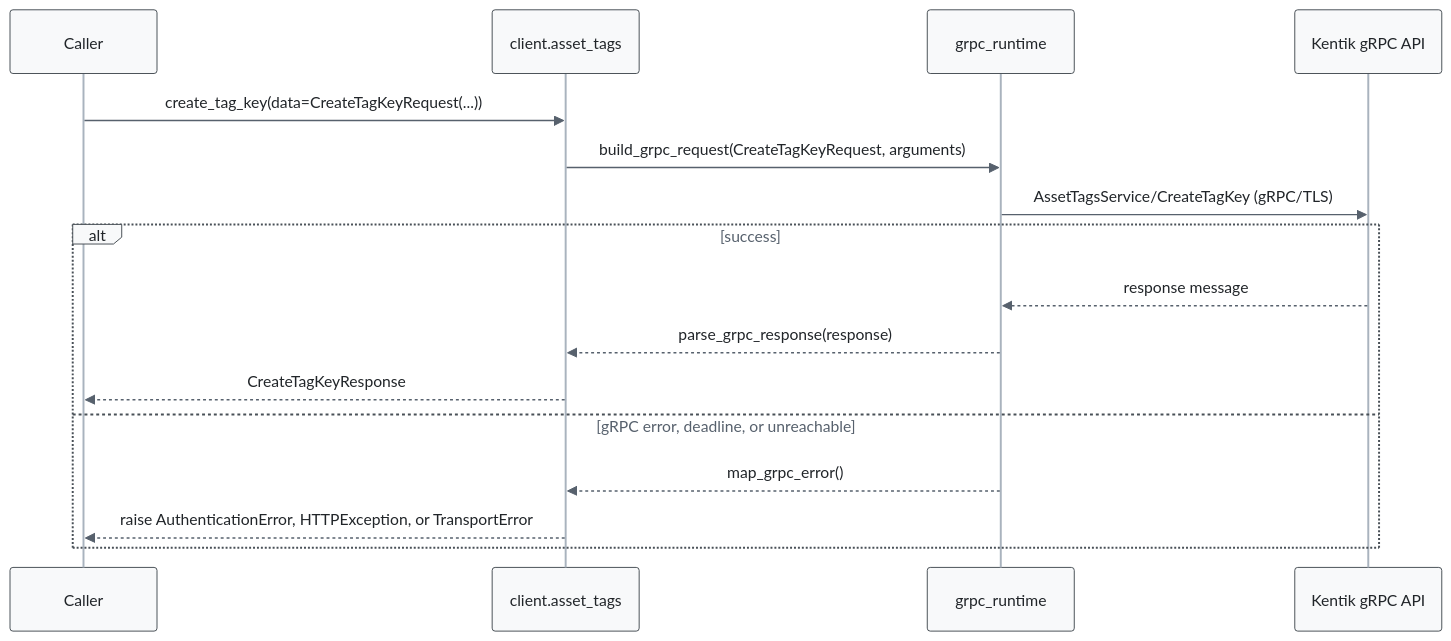
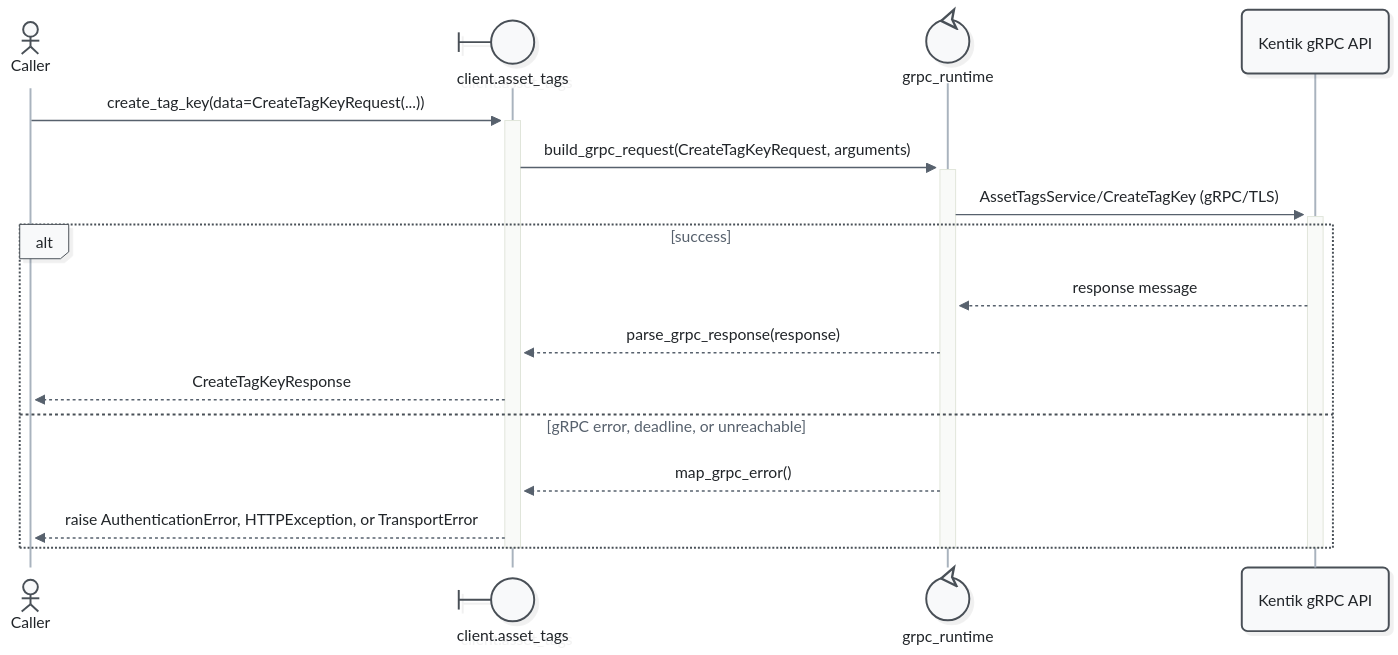
One commit to alexdearaujo/community_sdk_python changed the sixth of 19 diagrams in docs/sphinx/services/asset_tags.md. Above: the diagram before and after it, drawn with Mermaid. The commit also changed other lines of this file and 52 other files, not shown here.

First line of the commit message:
docs: Mermaid 12 sequence diagrams with participant types and path colors

````diff
--- a/docs/sphinx/services/asset_tags.md
+++ b/docs/sphinx/services/asset_tags.md
@@ -205,20 +217,23 @@
 ```mermaid
-%%{init: {"theme": "base", "fontFamily": "ui-monospace, SFMono-Regular, Menlo, monospace", "themeVariables": {"fontFamily": "ui-monospace, SFMono-Regular, Menlo, monospace", "primaryColor": "#f8f9fa", "primaryBorderColor": "#495057", "primaryTextColor": "#212529", "textColor": "#212529", "lineColor": "#77818c", "edgeLabelBackground": "#ffffff", "actorBkg": "#f8f9fa", "actorBorder": "#495057", "actorTextColor": "#212529", "actorLineColor": "#a9b3be", "signalColor": "#57616d", "signalTextColor": "#212529", "labelBoxBkgColor": "#f8f9fa", "labelBoxBorderColor": "#495057", "labelTextColor": "#212529", "loopTextColor": "#57616d", "noteBkgColor": "#fff9db", "noteBorderColor": "#f08c00", "noteTextColor": "#a35a00"}, "flowchart": {"curve": "step", "nodeSpacing": 30, "rankSpacing": 70, "wrappingWidth": 400}}}%%
+%%{init: {"theme": "redux", "look": "neo", "layout": "dagre", "fontFamily": "ui-monospace, SFMono-Regular, Menlo, monospace", "themeVariables": {"fontFamily": "ui-monospace, SFMono-Regular, Menlo, monospace", "primaryColor": "#f8f9fa", "primaryBorderColor": "#495057", "primaryTextColor": "#212529", "textColor": "#212529", "lineColor": "#77818c", "edgeLabelBackground": "#ffffff", "actorBkg": "#f8f9fa", "actorBorder": "#495057", "actorTextColor": "#212529", "actorLineColor": "#a9b3be", "signalColor": "#57616d", "signalTextColor": "#212529", "labelBoxBkgColor": "#f8f9fa", "labelBoxBorderColor": "#495057", "labelTextColor": "#212529", "loopTextColor": "#57616d", "noteBkgColor": "#fff9db", "noteBorderColor": "#f08c00", "noteTextColor": "#a35a00"}, "sequence": {"activationWidth": 16}, "flowchart": {"curve": "step", "nodeSpacing": 30, "rankSpacing": 70, "wrappingWidth": 400}}}%%
 sequenceDiagram
-    participant C as Caller
-    participant W as client.asset_tags
-    participant R as grpc_runtime
+    actor C as Caller
+    participant W@{ "type": "boundary" } as client.asset_tags
+    participant R@{ "type": "control" } as grpc_runtime
     participant API as Kentik gRPC API
 
-    C->>W: create_tag_key(data=CreateTagKeyRequest(...))
-    W->>R: build_grpc_request(CreateTagKeyRequest, arguments)
-    R->>API: AssetTagsService/CreateTagKey (gRPC/TLS)
+    C->>+W: create_tag_key(data=CreateTagKeyRequest(...))
+    W->>+R: build_grpc_request(CreateTagKeyRequest, arguments)
+    R->>+API: AssetTagsService/CreateTagKey (gRPC/TLS)
     alt success
         API-->>R: response message
         R-->>W: parse_grpc_response(response)
         W-->>C: CreateTagKeyResponse
     else gRPC error, deadline, or unreachable
         R-->>W: map_grpc_error()
         W-->>C: raise AuthenticationError, HTTPException, or TransportError
     end
+    deactivate API
+    deactivate R
+    deactivate W
 ```
````
